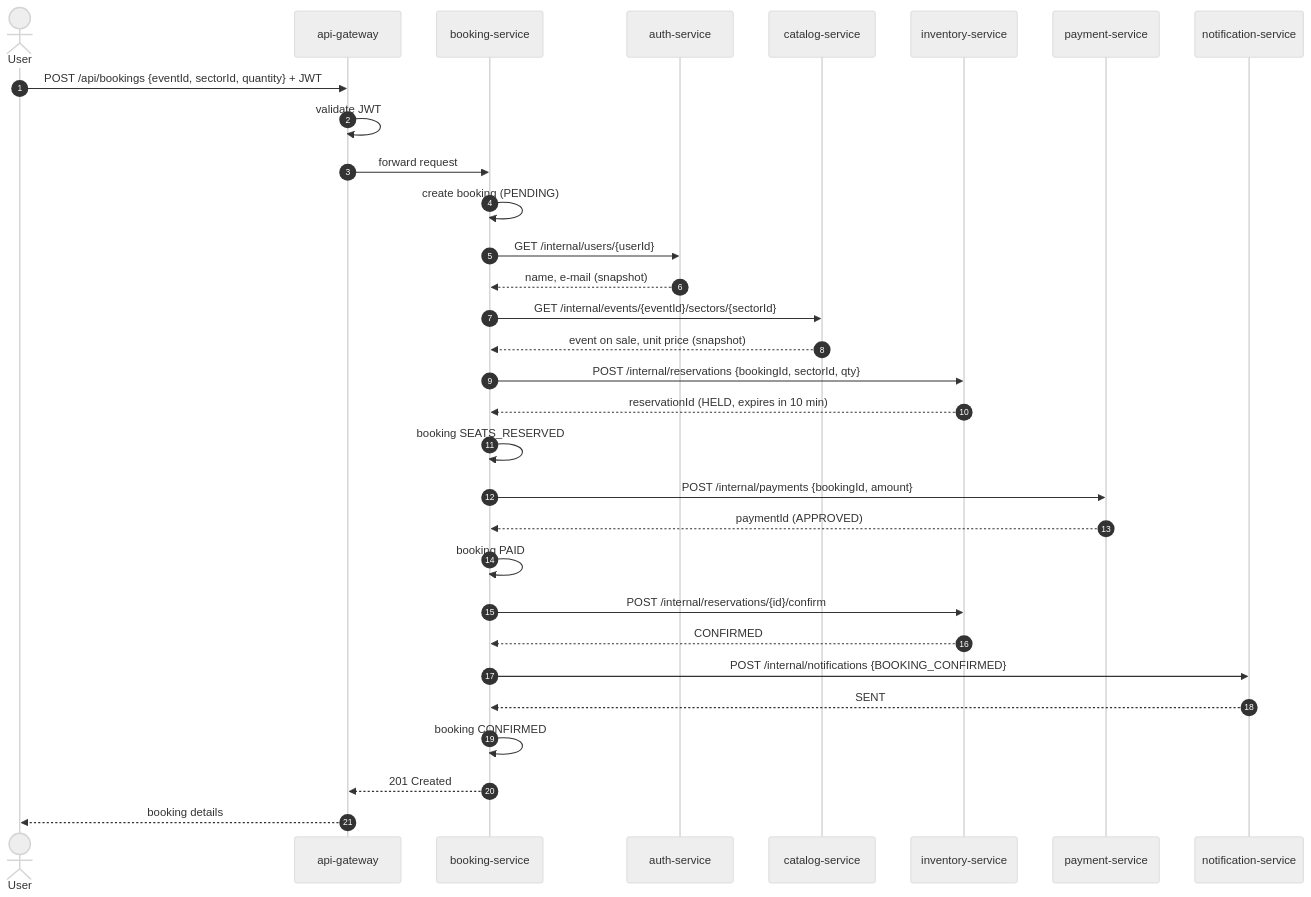
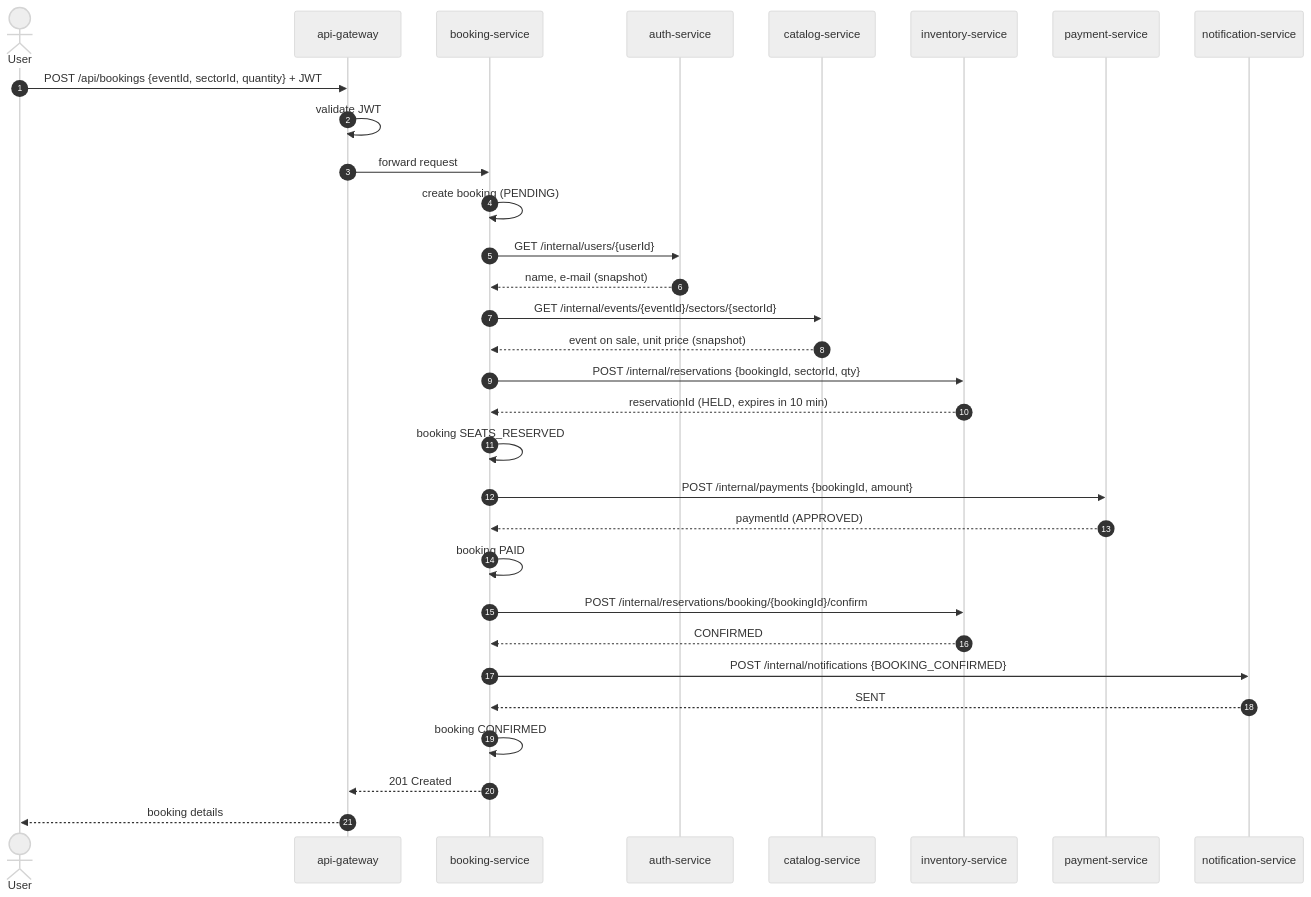
Before and after one commit to joaoalbertorsc/ticketflow-microservices: the first of 4 diagrams in docs/booking-saga.md, drawn with Mermaid (neutral theme). The commit also changed other lines of this file and 49 other files, not shown here.

````diff
--- a/docs/booking-saga.md
+++ b/docs/booking-saga.md
@@ -12,34 +12,34 @@
 ```mermaid
 sequenceDiagram
     autonumber
     actor U as User
     participant GW as api-gateway
     participant B as booking-service
     participant A as auth-service
     participant C as catalog-service
     participant I as inventory-service
     participant P as payment-service
     participant N as notification-service
 
     U->>GW: POST /api/bookings {eventId, sectorId, quantity} + JWT
     GW->>GW: validate JWT
     GW->>B: forward request
     B->>B: create booking (PENDING)
     B->>A: GET /internal/users/{userId}
     A-->>B: name, e-mail (snapshot)
     B->>C: GET /internal/events/{eventId}/sectors/{sectorId}
     C-->>B: event on sale, unit price (snapshot)
     B->>I: POST /internal/reservations {bookingId, sectorId, qty}
     I-->>B: reservationId (HELD, expires in 10 min)
     B->>B: booking SEATS_RESERVED
     B->>P: POST /internal/payments {bookingId, amount}
     P-->>B: paymentId (APPROVED)
     B->>B: booking PAID
-    B->>I: POST /internal/reservations/{id}/confirm
+    B->>I: POST /internal/reservations/booking/{bookingId}/confirm
     I-->>B: CONFIRMED
     B->>N: POST /internal/notifications {BOOKING_CONFIRMED}
     N-->>B: SENT
     B->>B: booking CONFIRMED
     B-->>GW: 201 Created
     GW-->>U: booking details
 ```
````
